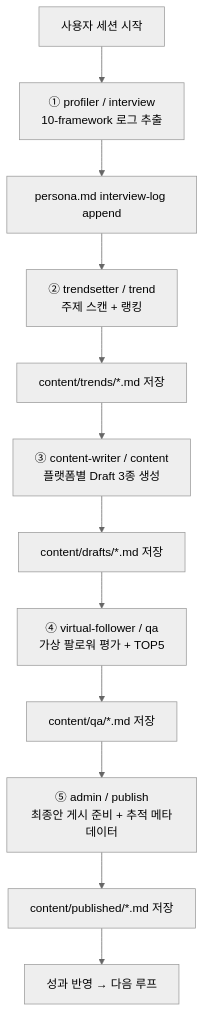
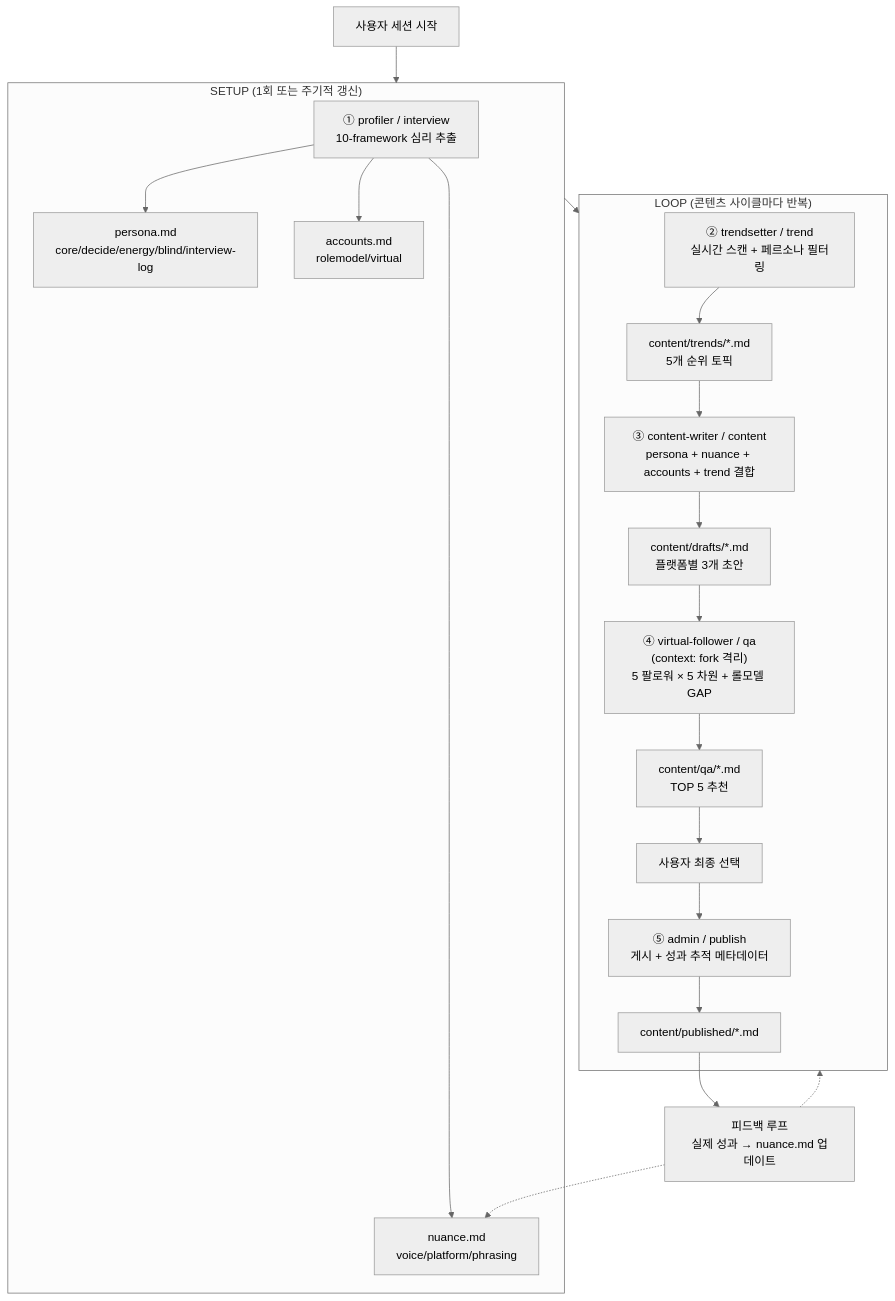
Before and after one commit to kimchanhyung98/agentic-workflows: the second of 8 diagrams in polysona/00-diagram.md, drawn with Mermaid (neutral theme). The commit also changed other lines of this file and 4 other files, not shown here.

````diff
--- a/polysona/00-diagram.md
+++ b/polysona/00-diagram.md
@@ -47,14 +50,29 @@
 ```mermaid
 flowchart TD
-    START["사용자 세션 시작"] --> I["① profiler / interview<br/>10-framework 로그 추출"]
-    I --> P["persona.md interview-log append"]
-    P --> T["② trendsetter / trend<br/>주제 스캔 + 랭킹"]
-    T --> TF["content/trends/*.md 저장"]
-    TF --> C["③ content-writer / content<br/>플랫폼별 Draft 3종 생성"]
-    C --> DF["content/drafts/*.md 저장"]
-    DF --> Q["④ virtual-follower / qa<br/>가상 팔로워 평가 + TOP5"]
-    Q --> QF["content/qa/*.md 저장"]
-    QF --> A["⑤ admin / publish<br/>최종안 게시 준비 + 추적 메타데이터"]
-    A --> PF["content/published/*.md 저장"]
-    PF --> LOOP["성과 반영 → 다음 루프"]
+    START["사용자 세션 시작"]
+
+    subgraph SETUP["SETUP (1회 또는 주기적 갱신)"]
+        I["① profiler / interview<br/>10-framework 심리 추출"]
+        I --> PD["persona.md<br/>core/decide/energy/blind/interview-log"]
+        I --> ND["nuance.md<br/>voice/platform/phrasing"]
+        I --> AD["accounts.md<br/>rolemodel/virtual"]
+    end
+
+    subgraph LOOP["LOOP (콘텐츠 사이클마다 반복)"]
+        T["② trendsetter / trend<br/>실시간 스캔 + 페르소나 필터링"]
+        T --> TF["content/trends/*.md<br/>5개 순위 토픽"]
+        TF --> C["③ content-writer / content<br/>persona + nuance + accounts + trend 결합"]
+        C --> DF["content/drafts/*.md<br/>플랫폼별 3개 초안"]
+        DF --> Q["④ virtual-follower / qa<br/>(context: fork 격리)<br/>5 팔로워 × 5 차원 + 롤모델 GAP"]
+        Q --> QF["content/qa/*.md<br/>TOP 5 추천"]
+        QF --> SEL["사용자 최종 선택"]
+        SEL --> A["⑤ admin / publish<br/>게시 + 성과 추적 메타데이터"]
+        A --> PF["content/published/*.md"]
+    end
+
+    START --> SETUP
+    SETUP --> LOOP
+    PF --> FB["피드백 루프<br/>실제 성과 → nuance.md 업데이트"]
+    FB -.-> ND
+    FB -.-> LOOP
 ```
````
